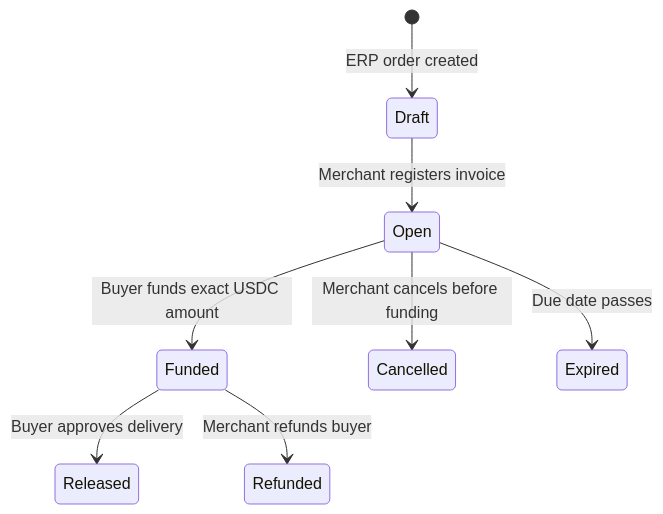
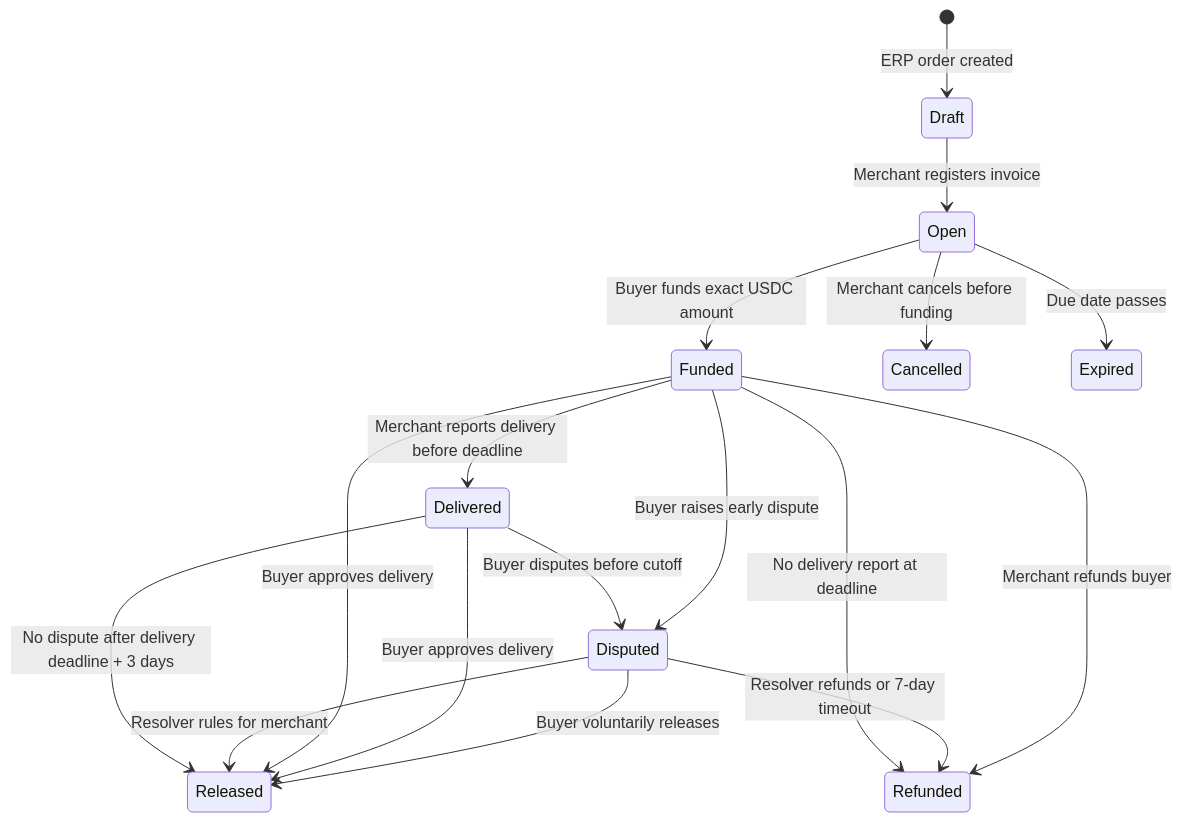
One commit to ugurrcoskun/Centerp changed the second of 3 diagrams in README.md. Above: the diagram before and after it, drawn with Mermaid. The commit also changed other lines of this file and 68 other files, not shown here.

````diff
--- a/README.md
+++ b/README.md
@@ -135,10 +143,19 @@
 ```mermaid
 stateDiagram-v2
     [*] --> Draft: ERP order created
     Draft --> Open: Merchant registers invoice
     Open --> Funded: Buyer funds exact USDC amount
     Open --> Cancelled: Merchant cancels before funding
     Open --> Expired: Due date passes
+    Funded --> Delivered: Merchant reports delivery before deadline
+    Funded --> Refunded: No delivery report at deadline
+    Delivered --> Released: No dispute after delivery deadline + 3 days
+    Delivered --> Disputed: Buyer disputes before cutoff
+    Funded --> Disputed: Buyer raises early dispute
+    Disputed --> Released: Resolver rules for merchant
+    Disputed --> Refunded: Resolver refunds or 7-day timeout
     Funded --> Released: Buyer approves delivery
+    Delivered --> Released: Buyer approves delivery
+    Disputed --> Released: Buyer voluntarily releases
     Funded --> Refunded: Merchant refunds buyer
 ```
````
